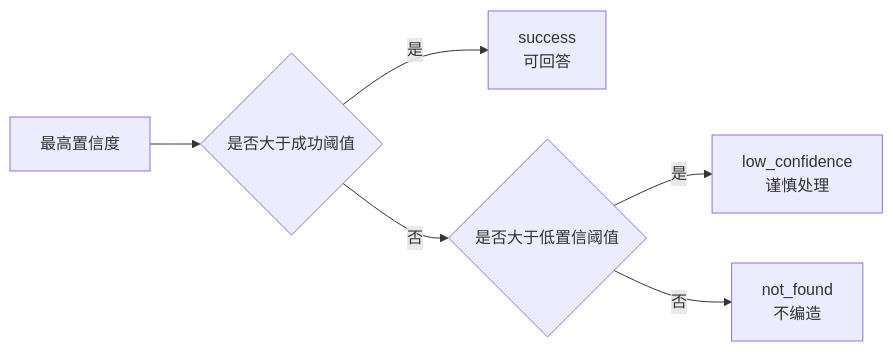
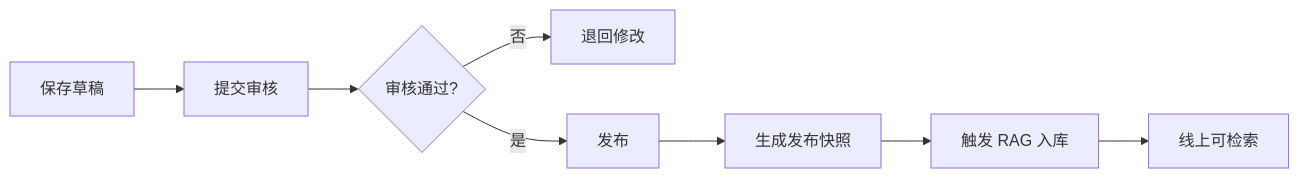
Diagram 16 of 25 in docs/rag_service_design_report_v1.0.md (YYHRICH/dalizai-knowledge-rag-service), drawn with Mermaid before and after one commit. The commit also changed other lines of this file, not shown here.

Commit message:
Refocus RAG design on knowledge governance

````diff
--- a/docs/rag_service_design_report_v1.0.md
+++ b/docs/rag_service_design_report_v1.0.md
@@ -467,8 +557,10 @@
 ```mermaid
 flowchart LR
-    Score[最高置信度] --> A{是否大于成功阈值}
-    A -- 是 --> Success[success<br/>可回答]
-    A -- 否 --> B{是否大于低置信阈值}
-    B -- 是 --> Low[low_confidence<br/>谨慎处理]
-    B -- 否 --> NotFound[not_found<br/>不编造]
+    Draft[保存草稿] --> Submit[提交审核]
+    Submit --> Review{审核通过?}
+    Review -- 否 --> Back[退回修改]
+    Review -- 是 --> Publish[发布]
+    Publish --> Snapshot[生成发布快照]
+    Snapshot --> Ingest[触发 RAG 入库]
+    Ingest --> Online[线上可检索]
 ```
````
